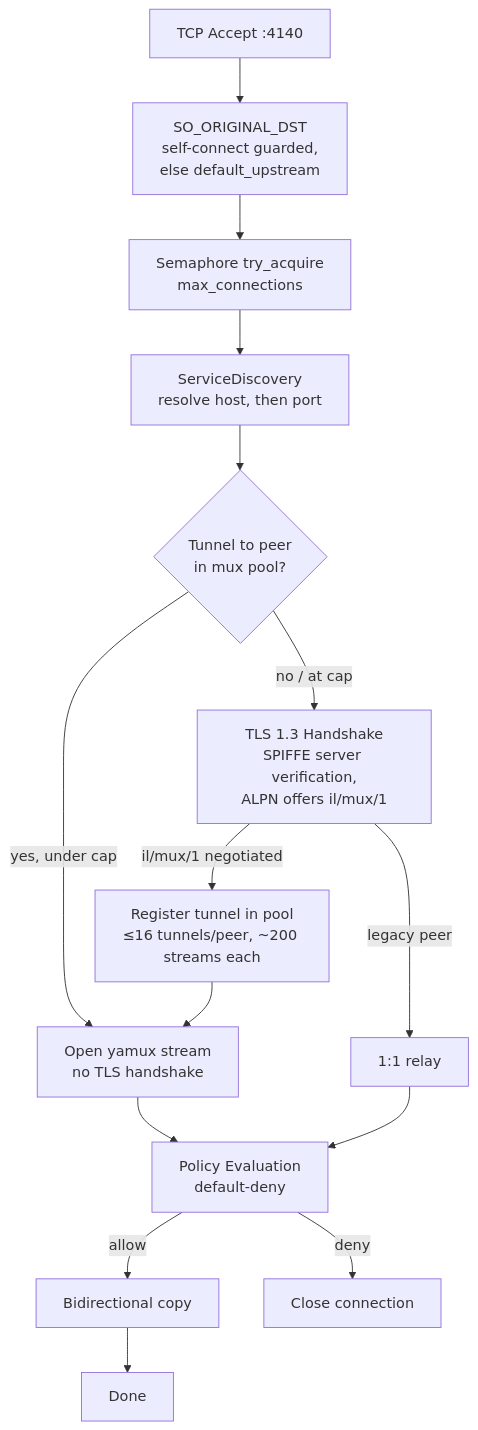
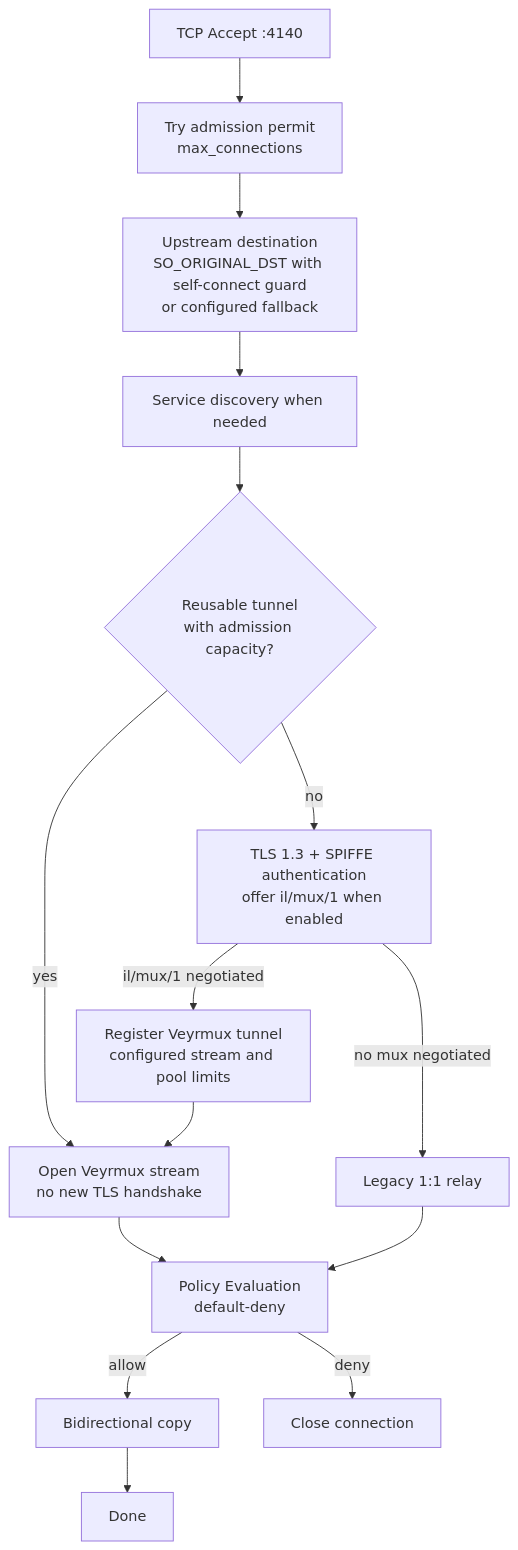
Before and after one commit to alexandernicholson/interlink: the third of 3 diagrams in docs/architecture/overview.md, drawn with Mermaid. The commit also changed other lines of this file and 12 other files, not shown here.

````diff
--- a/docs/architecture/overview.md
+++ b/docs/architecture/overview.md
@@ -48,17 +51,17 @@
 ```mermaid
 flowchart TD
-    ACC[TCP Accept :4140] --> SO[SO_ORIGINAL_DST<br/>self-connect guarded,<br/>else default_upstream]
-    SO --> SEM[Semaphore try_acquire<br/>max_connections]
-    SEM --> DISC[ServiceDiscovery<br/>resolve host, then port]
-    DISC --> ROUTE{Tunnel to peer<br/>in mux pool?}
-    ROUTE -->|yes, under cap| STREAM[Open yamux stream<br/>no TLS handshake]
-    ROUTE -->|no / at cap| TLS[TLS 1.3 Handshake<br/>SPIFFE server verification,<br/>ALPN offers il/mux/1]
-    TLS -->|il/mux/1 negotiated| REG[Register tunnel in pool<br/>≤16 tunnels/peer, ~200 streams each]
+    ACC[TCP Accept :4140] --> SEM[Try admission permit<br/>max_connections]
+    SEM --> SO[Upstream destination<br/>SO_ORIGINAL_DST with self-connect guard<br/>or configured fallback]
+    SO --> DISC[Service discovery when needed]
+    DISC --> ROUTE{Reusable tunnel<br/>with admission capacity?}
+    ROUTE -->|yes| STREAM[Open Veyrmux stream<br/>no new TLS handshake]
+    ROUTE -->|no| TLS[TLS 1.3 + SPIFFE authentication<br/>offer il/mux/1 when enabled]
+    TLS -->|il/mux/1 negotiated| REG[Register Veyrmux tunnel<br/>configured stream and pool limits]
     REG --> STREAM
-    TLS -->|legacy peer| RELAY[1:1 relay]
+    TLS -->|no mux negotiated| RELAY[Legacy 1:1 relay]
     STREAM --> POL[Policy Evaluation<br/>default-deny]
     RELAY --> POL
     POL -->|allow| FWD[Bidirectional copy]
     POL -->|deny| CLOSE[Close connection]
     FWD --> DONE[Done]
 ```
````
